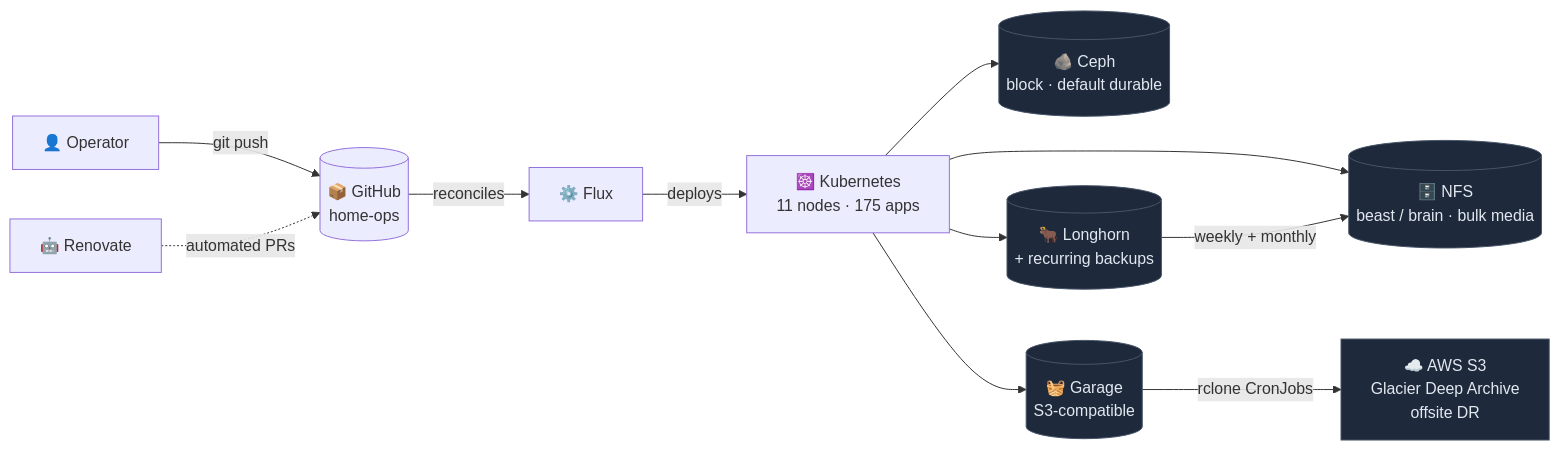
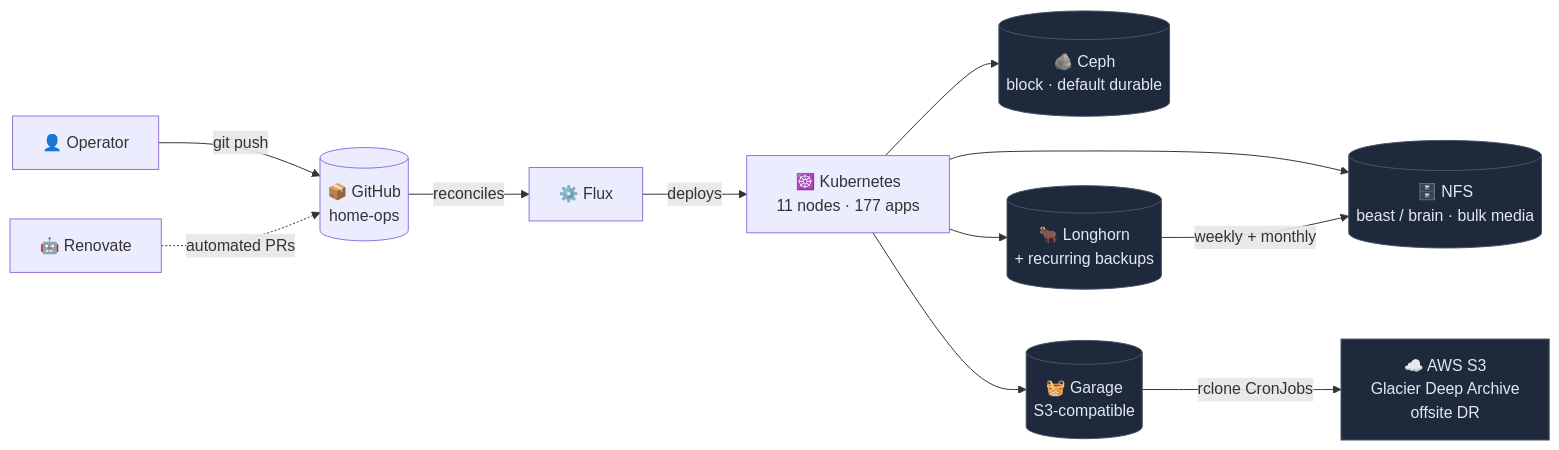
Before and after one commit to rwlove/home-ops: the first of 3 diagrams in README.md, drawn with Mermaid. The commit also changed 1 other file, not shown here.

First paragraph of the commit message:
chore(collab/glance): drop empty widget blocks + dedupe Rook in Storage (#11869)
* fix(observability/blackbox-exporter): use toEntities: cluster for synthetic probers

````diff
--- a/README.md
+++ b/README.md
@@ -40,18 +40,18 @@
 ```mermaid
 flowchart LR
     Dev[👤 Operator] -->|git push| Repo[(📦 GitHub<br/>home-ops)]
     Renovate[🤖 Renovate] -.->|automated PRs| Repo
     Repo -->|reconciles| Flux[⚙️ Flux]
-    Flux -->|deploys| Cluster[☸️ Kubernetes<br/>11 nodes · 175 apps]
+    Flux -->|deploys| Cluster[☸️ Kubernetes<br/>11 nodes · 177 apps]
 
     Cluster --> Ceph[(🪨 Ceph<br/>block · default durable)]
     Cluster --> LH[(🐂 Longhorn<br/>+ recurring backups)]
     Cluster --> Garage[(🧺 Garage<br/>S3-compatible)]
     Cluster --> NFS[(🗄️ NFS<br/>beast / brain · bulk media)]
 
     LH -->|weekly + monthly| NFS
     Garage -->|rclone CronJobs| AWS[☁️ AWS S3<br/>Glacier Deep Archive<br/>offsite DR]
 
     classDef store fill:#1e293b,stroke:#475569,color:#e2e8f0
     class Ceph,LH,Garage,NFS,AWS store
 ```
````
